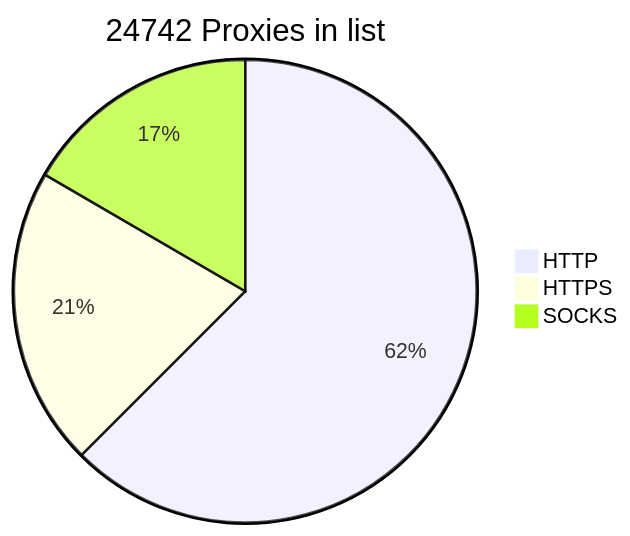
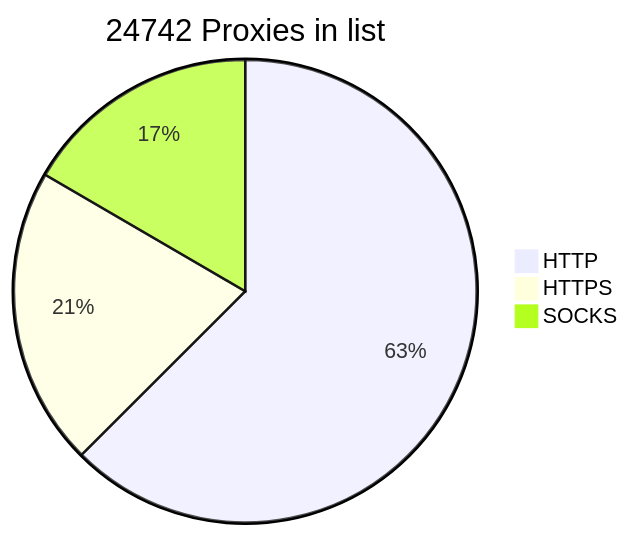
Before and after one commit to BlackSnowDot/proxylist-update-every-minute: the diagram in README.md, drawn with Mermaid. The commit also changed other lines of this file, not shown here.

````diff
--- a/README.md
+++ b/README.md
@@ -2,6 +2,6 @@
 ```mermaid
 pie title 24742 Proxies in list
-    "HTTP" : 17905
+    "HTTP" : 17910
     "HTTPS": 5985
-    "SOCKS" : 4759
+    "SOCKS" : 4758
 ```
````
